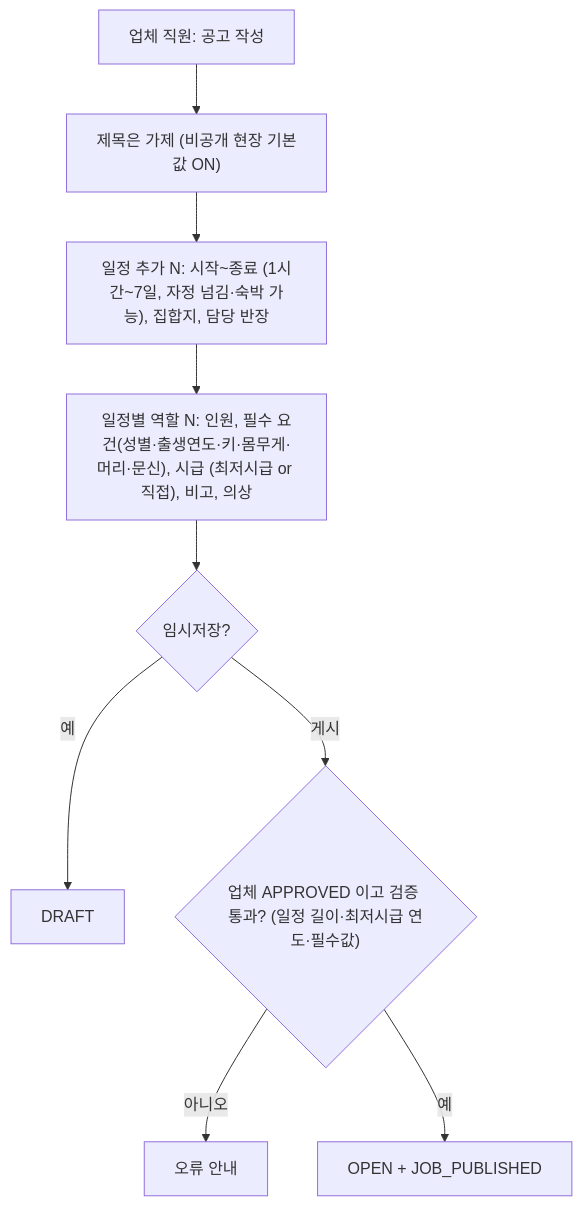
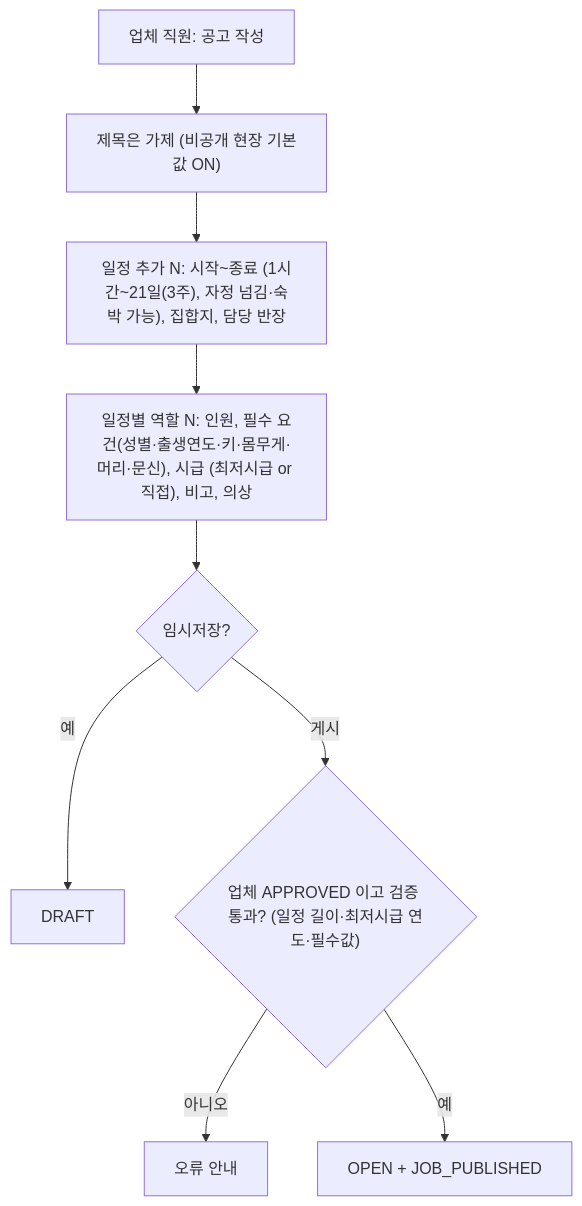
One commit to 7fsikMinQ/O changed the second of 12 diagrams in docs/02_프로세스정의서.md. Above: the diagram before and after it, drawn with Mermaid. The commit also changed 35 other files, not shown here.

````diff
--- a/docs/02_프로세스정의서.md
+++ b/docs/02_프로세스정의서.md
@@ -36,11 +36,11 @@
 ```mermaid
 flowchart TD
   A["업체 직원: 공고 작성"] --> B["제목은 가제 (비공개 현장 기본값 ON)"]
-  B --> C["일정 추가 N: 시작~종료 (1시간~7일, 자정 넘김·숙박 가능), 집합지, 담당 반장"]
+  B --> C["일정 추가 N: 시작~종료 (1시간~21일(3주), 자정 넘김·숙박 가능), 집합지, 담당 반장"]
   C --> D["일정별 역할 N: 인원, 필수 요건(성별·출생연도·키·몸무게·머리·문신), 시급 (최저시급 or 직접), 비고, 의상"]
   D --> E{"임시저장?"}
   E -->|예| F["DRAFT"]
   E -->|게시| G{"업체 APPROVED 이고 검증 통과? (일정 길이·최저시급 연도·필수값)"}
   G -->|아니오| H["오류 안내"]
   G -->|예| I["OPEN + JOB_PUBLISHED"]
 ```
````
